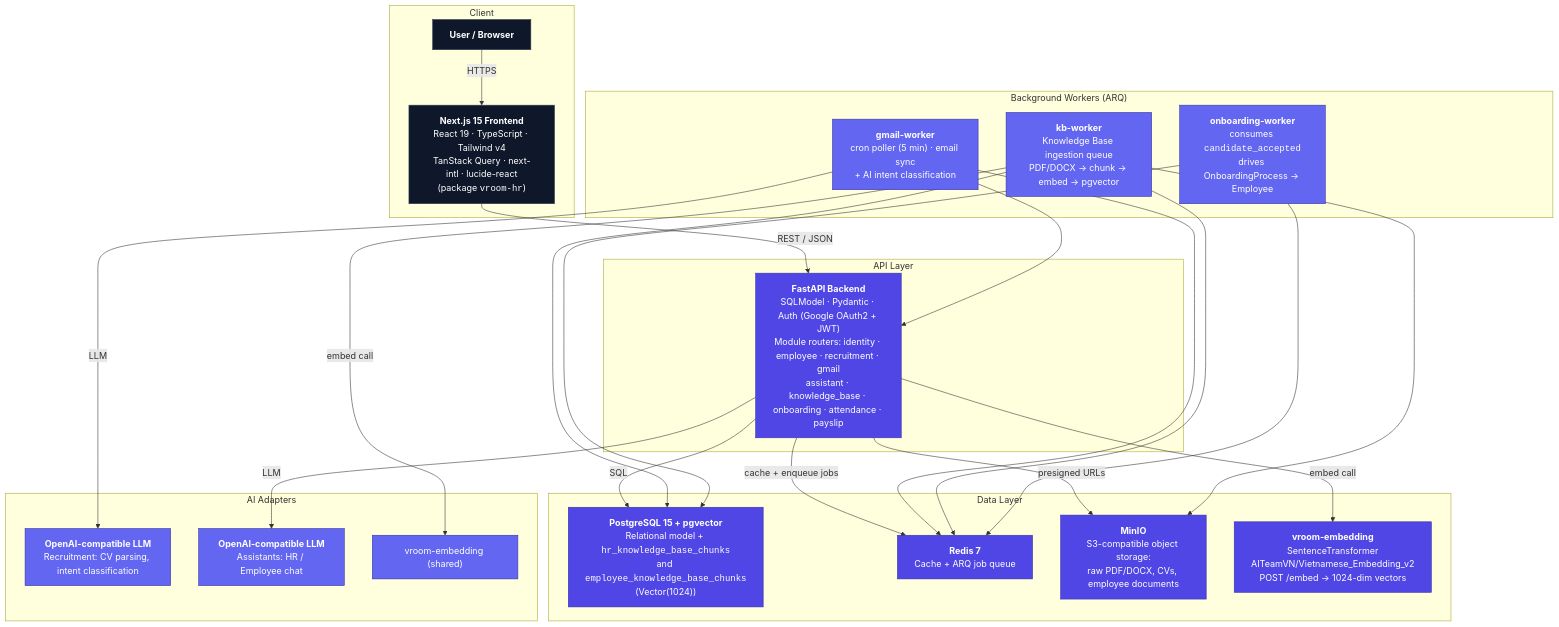
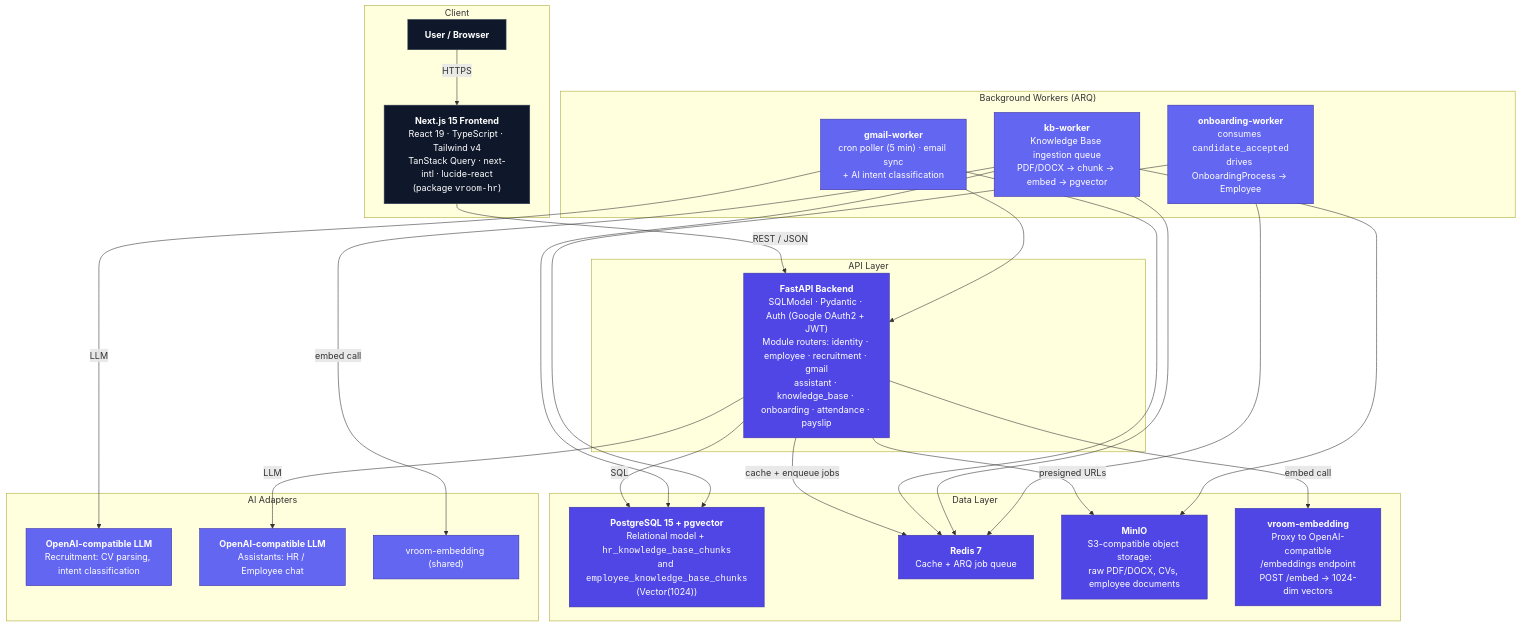
One commit to EPISTEX0/Vietnamese-Recruit-Onboard-Operate-Manage changed the first of 3 diagrams in ARCHITECTURE.md. Above: the diagram before and after it, drawn with Mermaid. The commit also changed other lines of this file and 12 other files, not shown here.

First line of the commit message:
feat(embedding): thay self-hosted model bằng endpoint OpenAI-compatible

````diff
--- a/ARCHITECTURE.md
+++ b/ARCHITECTURE.md
@@ -22,55 +22,55 @@
 ```mermaid
 flowchart TB
     subgraph Client["Client"]
         U[<b>User / Browser</b>]
         F["<b>Next.js 15 Frontend</b><br/>React 19 · TypeScript · Tailwind v4<br/>TanStack Query · next-intl · lucide-react<br/>(package <code>vroom-hr</code>)"]
     end
 
     subgraph API["API Layer"]
         B["<b>FastAPI Backend</b><br/>SQLModel · Pydantic · Auth (Google OAuth2 + JWT)<br/>Module routers: identity · employee · recruitment · gmail<br/>assistant · knowledge_base · onboarding · attendance · payslip"]
     end
 
     subgraph Data["Data Layer"]
         PG["<b>PostgreSQL 15 + pgvector</b><br/>Relational model + <code>hr_knowledge_base_chunks</code><br/>and <code>employee_knowledge_base_chunks</code><br/>(Vector(1024))"]
         R["<b>Redis 7</b><br/>Cache + ARQ job queue"]
         MO["<b>MinIO</b><br/>S3-compatible object storage:<br/>raw PDF/DOCX, CVs, employee documents"]
-        EMB["<b>vroom-embedding</b><br/>SentenceTransformer<br/>AITeamVN/Vietnamese_Embedding_v2<br/>POST /embed -> 1024-dim vectors"]
+        EMB["<b>vroom-embedding</b><br/>Proxy to OpenAI-compatible<br/>/embeddings endpoint<br/>POST /embed -> 1024-dim vectors"]
     end
 
     subgraph Workers["Background Workers (ARQ)"]
         W1["<b>gmail-worker</b><br/>cron poller (5 min) · email sync<br/>+ AI intent classification"]
         W2["<b>kb-worker</b><br/>Knowledge Base ingestion queue<br/>PDF/DOCX -> chunk -> embed -> pgvector"]
         W3["<b>onboarding-worker</b><br/>consumes <code>candidate_accepted</code><br/>drives OnboardingProcess -> Employee"]
     end
 
     subgraph LLM["AI Adapters"]
         LLM1["<b>OpenAI-compatible LLM</b><br/>Recruitment: CV parsing, intent classification"]
         LLM2["<b>OpenAI-compatible LLM</b><br/>Assistants: HR / Employee chat"]
         EMB2["vroom-embedding (shared)"]
     end
 
     U -->|HTTPS| F
     F -->|"REST / JSON"| B
     B -->|SQL| PG
     B -->|cache + enqueue jobs| R
     B -->|presigned URLs| MO
 
     B -->|"embed call"| EMB
     W2 -->|"embed call"| EMB2
     W1 --> R
     W2 --> R
     W3 --> R
     W1 --> B
     W2 --> PG
     W3 --> PG
     W1 -->|LLM| LLM1
     W2 --> MO
     B -->|LLM| LLM2
 
     classDef base fill:#0f172a,color:#fff,stroke:#334155
     classDef data fill:#4f46e5,color:#fff,stroke:#3730a3
     classDef worker fill:#6366f1,color:#fff,stroke:#3730a3
     class U,F base
     class B,PG,R,MO,EMB data
     class W1,W2,W3,LLM1,LLM2,EMB2 worker
 ```
````
